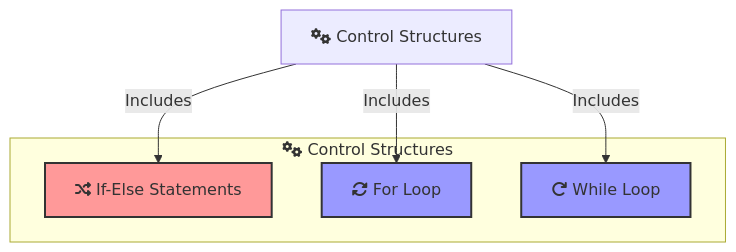
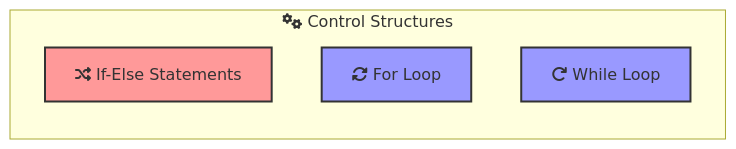
The fourth of 16 diagrams in _posts/2024-07-07-introduction-to-solidity.md (kelvin-bz/blog), drawn with Mermaid before and after one commit. The commit also changed other lines of this file, not shown here.

````diff
--- a/_posts/2024-07-07-introduction-to-solidity.md
+++ b/_posts/2024-07-07-introduction-to-solidity.md
@@ -247,20 +243,17 @@
 ```mermaid
-graph TB
+graph LR
     classDef conditional fill:#ff9999,stroke:#333,stroke-width:2px;
     classDef loop fill:#9999ff,stroke:#333,stroke-width:2px;
 
-    controlStructures["fa:fa-cogs Control Structures"]
+
     ifElseStatements["fa:fa-random If-Else Statements"]:::conditional
     forLoop["fa:fa-sync-alt For Loop"]:::loop
     whileLoop["fa:fa-redo While Loop"]:::loop
 
-    controlStructures -->|Includes| ifElseStatements
-    controlStructures -->|Includes| forLoop
-    controlStructures -->|Includes| whileLoop
 
     subgraph controlStructuresDescription["fa:fa-cogs Control Structures"]
         ifElseStatements
         forLoop
         whileLoop
     end
 ```
````
